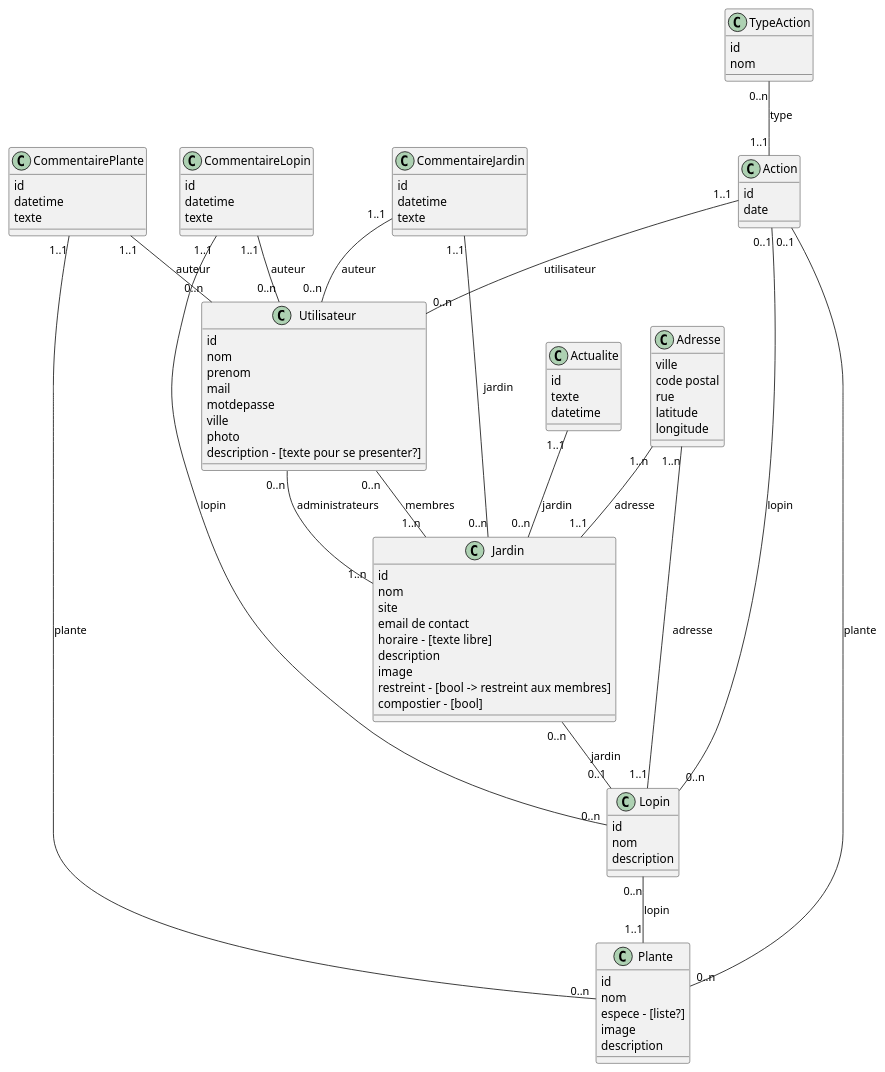
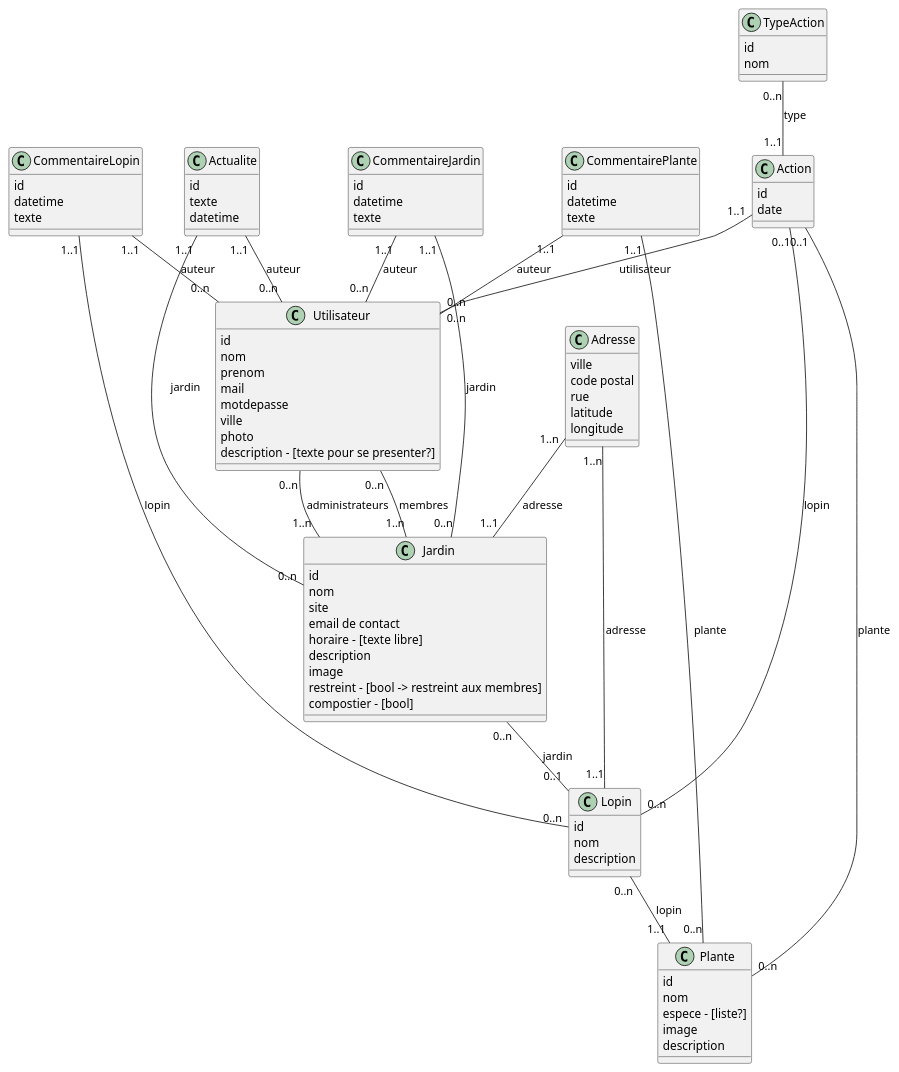
The diagram in doc/mcd.puml (0xnome/pldjardin), drawn with PlantUML before and after one commit. The commit also changed 4 other files, not shown here.

```diff
--- a/doc/mcd.puml
+++ b/doc/mcd.puml
@@ -1,115 +1,117 @@
 @startuml
 skinparam shadowing false
 skinparam monochrome false
 skinparam TitleFontSize 20
 skinparam sequenceTitleFontSize 20
 skinparam sequenceTitleFontStyle plain
 
 skinparam state {
   BackgroundColor white
   BackgroundColor<<Warning>> lightblue
 }
 
 class Plante{
 	id
 	nom
 	espece - [liste?]
 	image
 	description
 }
 
 class Jardin{
 	id
 	nom
 	site
 	email de contact
 	horaire - [texte libre]
 	description
 	image
 	restreint - [bool -> restreint aux membres]
 	compostier - [bool]
 }
 
 class Lopin{
 	id
 	nom
 	description
 }
 
 class Utilisateur{
 	id
 	nom
 	prenom
 	mail
 	motdepasse
 	ville
 	photo
 	description - [texte pour se presenter?]
 }
 
 class Adresse{
 	ville
 	code postal
 	rue
 	latitude
 	longitude
 }
 
 class Actualite{
 	id
 	texte
 	datetime
 }
 
 class CommentaireJardin{
 	id
 	datetime
 	texte
 }
 
 class CommentairePlante{
 	id
 	datetime
 	texte
 }
 
 class CommentaireLopin{
 	id
 	datetime
 	texte
 }
 
 class Action{
 	id
 	date
 }
 
 class TypeAction{
 	id
 	nom
 }
 
 
 Jardin "0..n" -- "0..1" Lopin : jardin
 Lopin "0..n" -- "1..1" Plante : lopin
 
 TypeAction "0..n" -- "1..1" Action : type
 Action "1..1" -- "0..n" Utilisateur : utilisateur
 Action "0..1" -- "0..n" Plante : plante
 Action "0..1" -- "0..n" Lopin : lopin
 
 CommentairePlante "1..1" -- "0..n" Utilisateur : auteur
 CommentairePlante "1..1" -- "0..n" Plante : plante
 CommentaireJardin "1..1" -- "0..n" Utilisateur : auteur
 CommentaireJardin "1..1" -- "0..n" Jardin : jardin
 CommentaireLopin "1..1" -- "0..n" Utilisateur : auteur
 CommentaireLopin "1..1" -- "0..n" Lopin : lopin
 
+
 Utilisateur "0..n" -- "1..n" Jardin : administrateurs
 Utilisateur "0..n" -- "1..n" Jardin : membres
 
 Actualite "1..1" -- "0..n" Jardin : jardin
+Actualite "1..1" -- "0..n" Utilisateur : auteur
 
 Adresse "1..n" -- "1..1" Jardin : adresse
 Adresse "1..n" -- "1..1" Lopin : adresse
 @enduml
```
